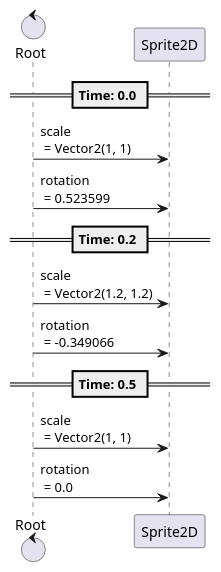
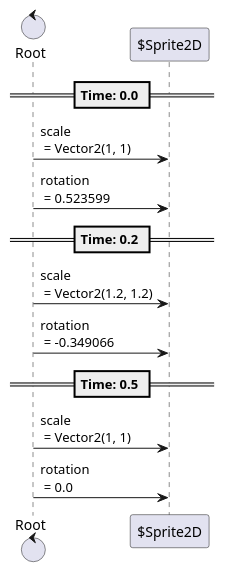
The third of 6 diagrams in content/scenes/src/beginning/chapters/chapter/chapter.tscn.adoc (tkmfujise/Platformer-Game-Learning), drawn with PlantUML before and after one commit. The commit also changed other lines of this file and 31 other files, not shown here.

Commit message:
Add prefix $ to node name in animation sequences

```diff
--- a/content/scenes/src/beginning/chapters/chapter/chapter.tscn.adoc
+++ b/content/scenes/src/beginning/chapters/chapter/chapter.tscn.adoc
@@ -75,19 +75,19 @@
 [plantuml]
 ....
-control "Root" as Root
-participant "Sprite2D" as T0
+control "Root" as R
+participant "$Sprite2D" as T0
 
 
 
 == Time: 0.0 ==
-Root  ->  T0 : scale\n = Vector2(1, 1)
-Root  ->  T0 : rotation\n = 0.523599
+R  ->  T0 : scale\n = Vector2(1, 1)
+R  ->  T0 : rotation\n = 0.523599
 == Time: 0.2 ==
-Root  ->  T0 : scale\n = Vector2(1.2, 1.2)
-Root  ->  T0 : rotation\n = -0.349066
+R  ->  T0 : scale\n = Vector2(1.2, 1.2)
+R  ->  T0 : rotation\n = -0.349066
 == Time: 0.5 ==
-Root  ->  T0 : scale\n = Vector2(1, 1)
-Root  ->  T0 : rotation\n = 0.0
+R  ->  T0 : scale\n = Vector2(1, 1)
+R  ->  T0 : rotation\n = 0.0
 
 
 ....
```
